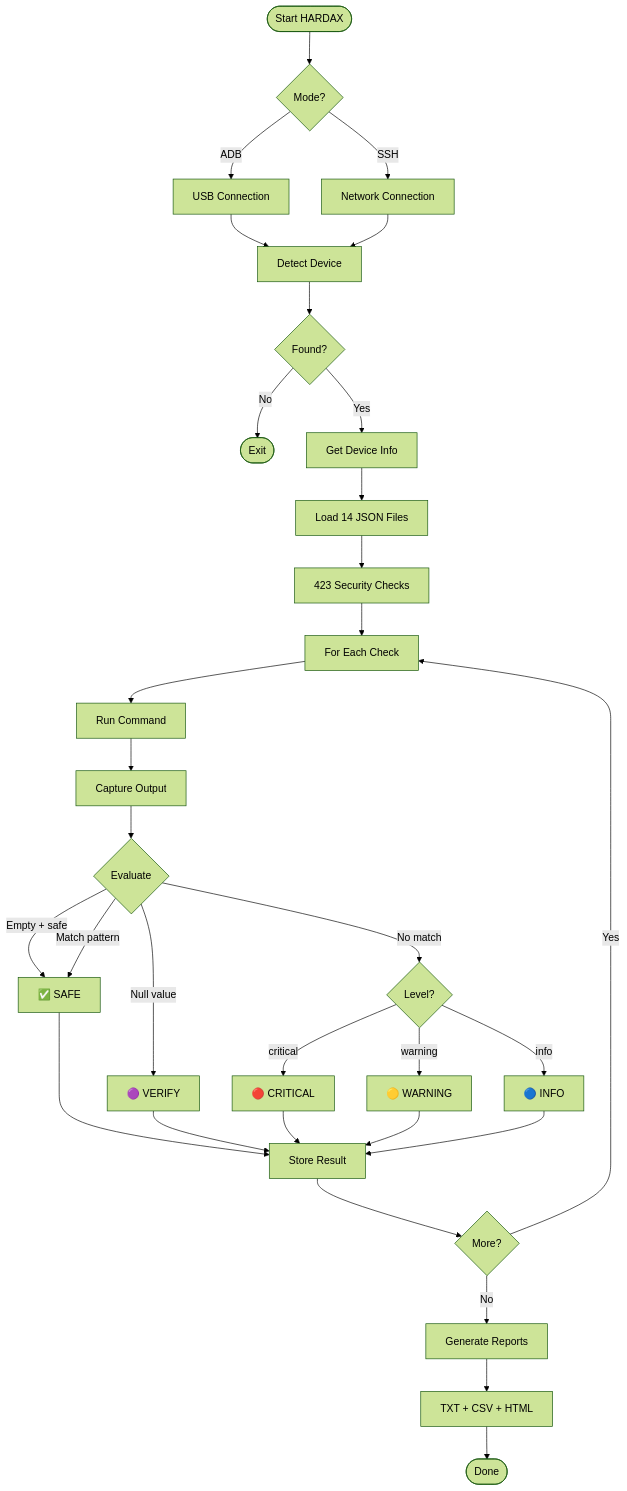
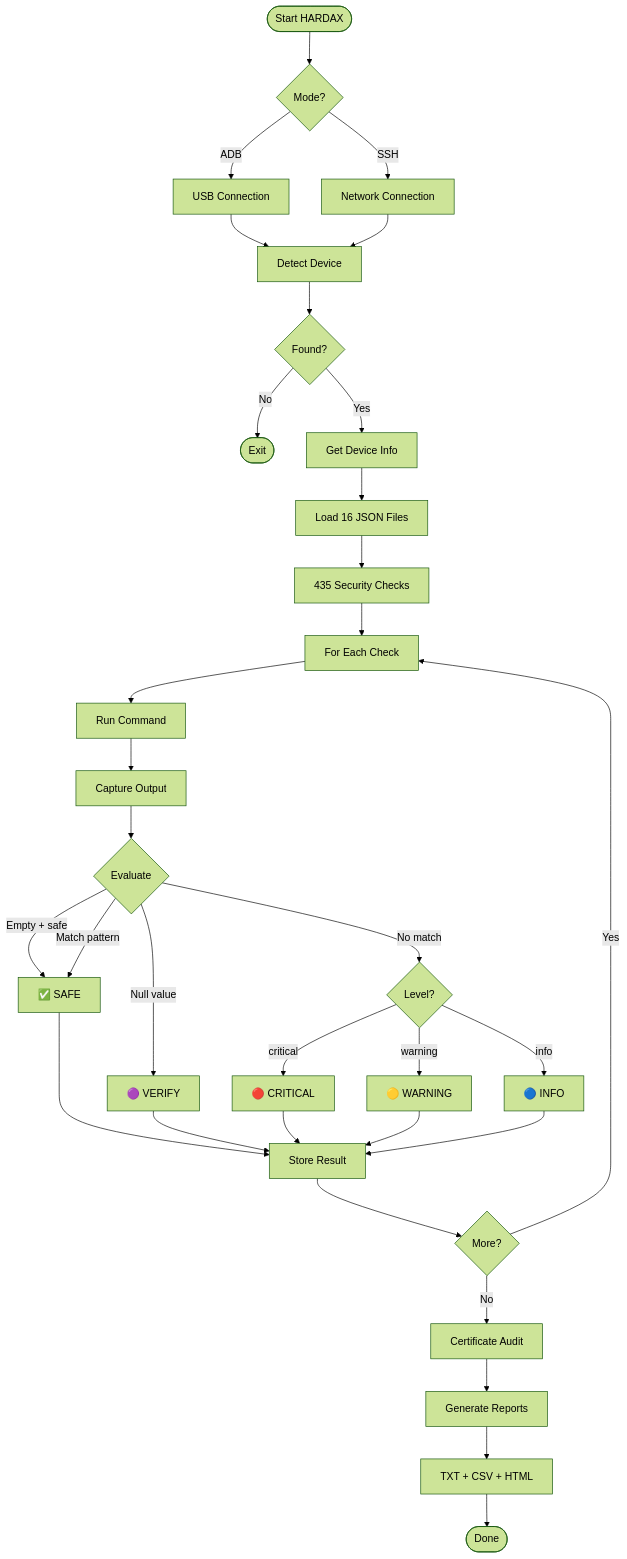
One commit to kekanath/hardax changed the diagram in README.md. Above: the diagram before and after it, drawn with Mermaid (forest theme). The commit also changed other lines of this file, not shown here.

````diff
--- a/README.md
+++ b/README.md
@@ -215,30 +218,31 @@
 ```mermaid
 flowchart TD
     A([Start HARDAX]) --> B{Mode?}
     B -->|ADB| C[USB Connection]
     B -->|SSH| D[Network Connection]
     C --> E[Detect Device]
     D --> E
     E --> F{Found?}
     F -->|No| G([Exit])
     F -->|Yes| H[Get Device Info]
-    H --> I[Load 14 JSON Files]
-    I --> J[423 Security Checks]
+    H --> I[Load 16 JSON Files]
+    I --> J[435 Security Checks]
     J --> K[For Each Check]
     K --> L[Run Command]
     L --> M[Capture Output]
     M --> N{Evaluate}
     N -->|Empty + safe| O[✅ SAFE]
     N -->|Match pattern| O
     N -->|Null value| P[🟣 VERIFY]
     N -->|No match| Q{Level?}
     Q -->|critical| R[🔴 CRITICAL]
     Q -->|warning| S[🟡 WARNING]
     Q -->|info| T[🔵 INFO]
     O & P & R & S & T --> U[Store Result]
     U --> V{More?}
     V -->|Yes| K
-    V -->|No| W[Generate Reports]
-    W --> X[TXT + CSV + HTML]
-    X --> Y([Done])
+    V -->|No| W[Certificate Audit]
+    W --> X[Generate Reports]
+    X --> Y[TXT + CSV + HTML]
+    Y --> Z([Done])
 ```
````
